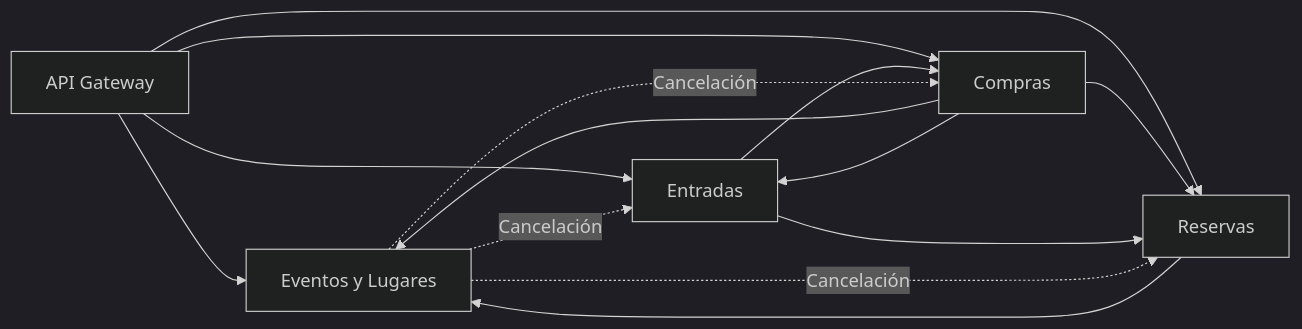
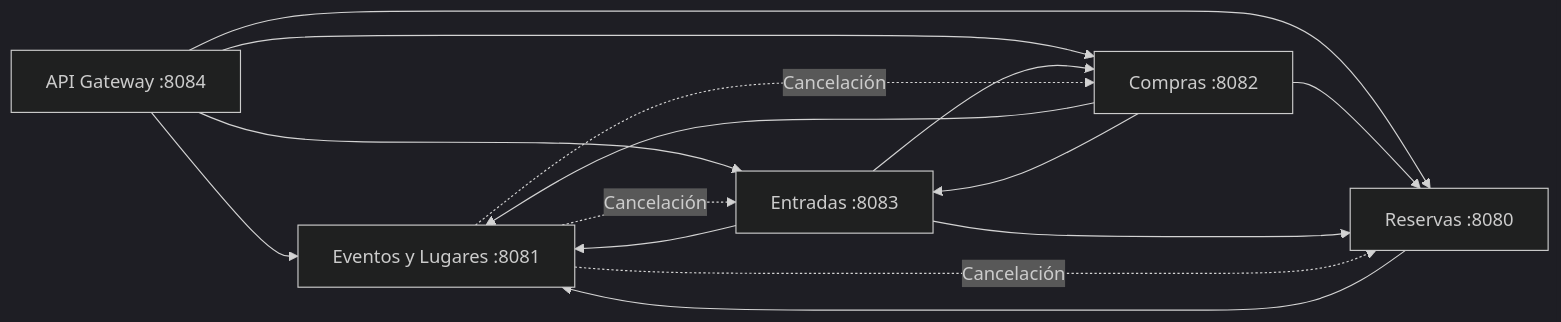
Before and after one commit to LuliDiNucci/arquitecturasGrupo12: the diagram in TPE-micro1/docs/04-RELACIONES-ENTRE-MICROSERVICIOS.md, drawn with Mermaid (dark theme). The commit also changed other lines of this file and 41 other files, not shown here.

````diff
--- a/TPE-micro1/docs/04-RELACIONES-ENTRE-MICROSERVICIOS.md
+++ b/TPE-micro1/docs/04-RELACIONES-ENTRE-MICROSERVICIOS.md
@@ -11,26 +13,27 @@
 ```mermaid
 flowchart LR
-    GW[API Gateway]
+    GW["API Gateway :8084"]
 
-    EV[Eventos y Lugares]
-    RE[Reservas]
-    CO[Compras]
-    EN[Entradas]
+    EV["Eventos y Lugares :8081"]
+    RE["Reservas :8080"]
+    CO["Compras :8082"]
+    EN["Entradas :8083"]
 
     GW --> EV
     GW --> RE
     GW --> CO
     GW --> EN
 
     RE --> EV
     CO --> EV
     CO --> RE
     CO --> EN
 
+    EN --> EV
     EN --> CO
     EN --> RE
 
-    EV -. Cancelación .-> RE
-    EV -. Cancelación .-> EN
-    EV -. Cancelación .-> CO
+    EV -.->|Cancelación| RE
+    EV -.->|Cancelación| EN
+    EV -.->|Cancelación| CO
 ```
````
